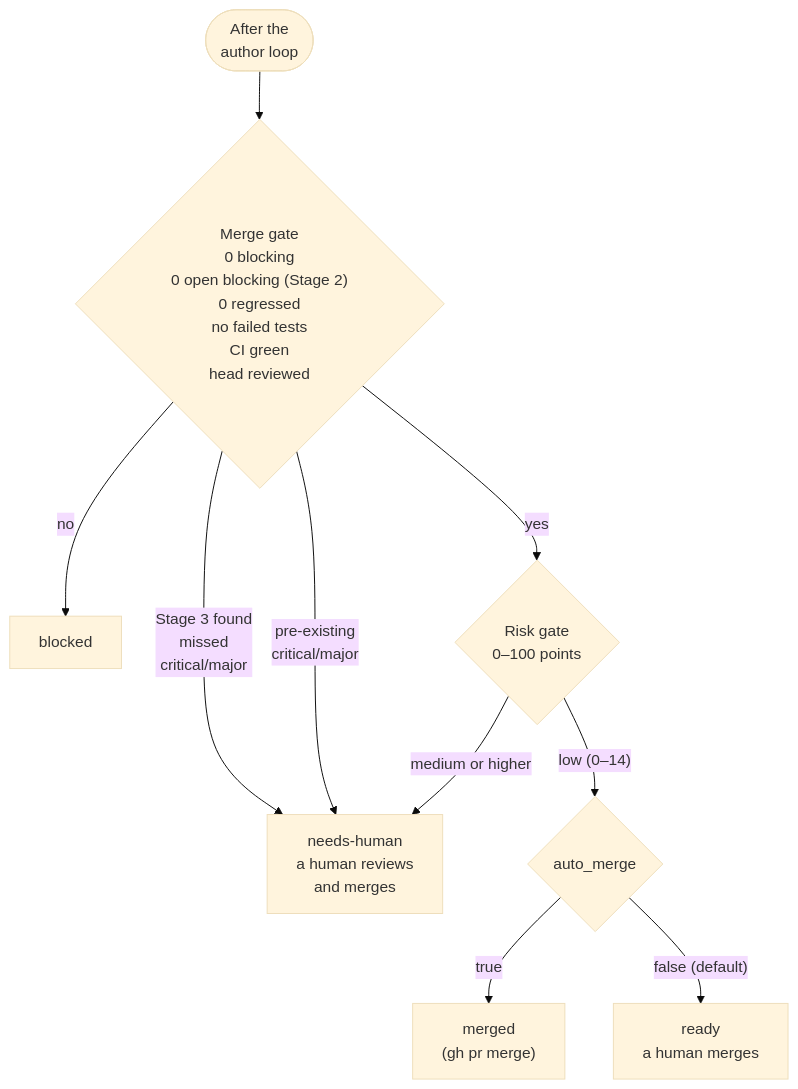
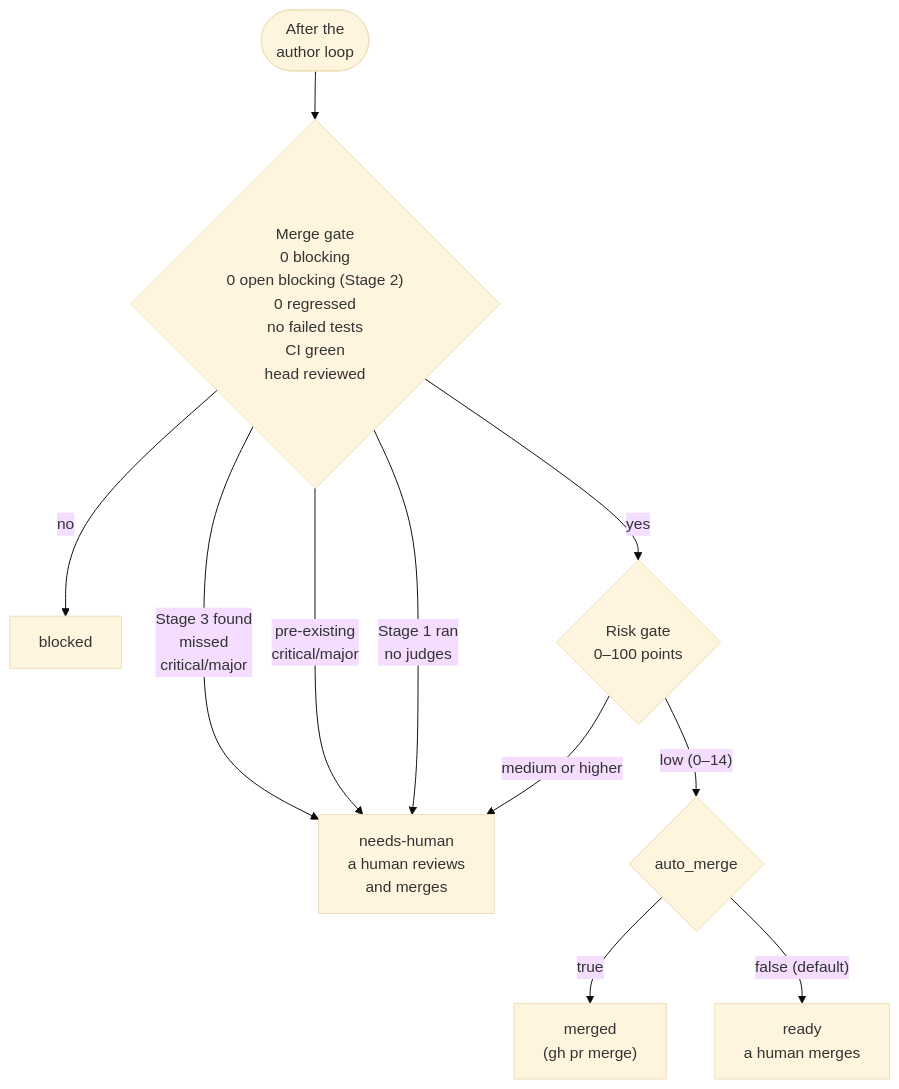
The fourth of 5 diagrams in README.md (thswlsqls/pr-quorum), drawn with Mermaid (base theme) before and after one commit. The commit also changed other lines of this file and 7 other files, not shown here.

First line of the commit message:
fix : [fix/merge-gate-fidelity] Stop at needs-human when Stage 1 launched no judges, and read tests from the last pass that ran them

````diff
--- a/README.md
+++ b/README.md
@@ -109,12 +109,13 @@
 ```mermaid
 flowchart TD
   G(["After the<br/>author loop"]) --> MG{"Merge gate<br/>0 blocking<br/>0 open blocking (Stage 2)<br/>0 regressed<br/>no failed tests<br/>CI green<br/>head reviewed"}
   MG -- no --> B[blocked]
   MG -- "Stage 3 found<br/>missed<br/>critical/major" --> H
   MG -- "pre-existing<br/>critical/major" --> H
+  MG -- "Stage 1 ran<br/>no judges" --> H
   MG -- yes --> RG{"Risk gate<br/>0–100 points"}
   RG -- "low (0–14)" --> A{"auto_merge"}
   A -- true --> M["merged<br/>(gh pr merge)"]
   A -- "false (default)" --> R["ready<br/>a human merges"]
   RG -- "medium or higher" --> H["needs-human<br/>a human reviews<br/>and merges"]
 ```
````
